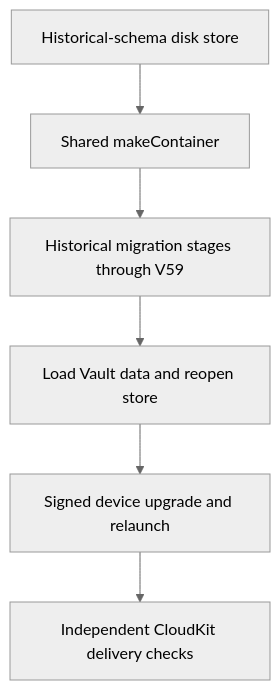
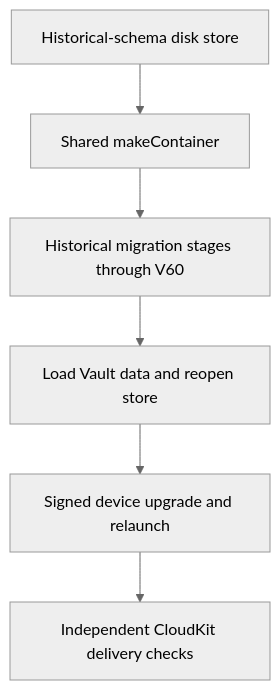
Before and after one commit to AkinoKaede/Termind: the first of 3 diagrams in openwiki/operations/cloudkit-release-readiness.md, drawn with Mermaid (neutral theme). The commit also changed other lines of this file and 51 other files, not shown here.

````diff
--- a/openwiki/operations/cloudkit-release-readiness.md
+++ b/openwiki/operations/cloudkit-release-readiness.md
@@ -245,8 +255,8 @@
 ```mermaid
 flowchart TD
     Fixture["Historical-schema disk store"] --> Factory["Shared makeContainer"]
-    Factory --> Local["Historical migration stages through V59"]
+    Factory --> Local["Historical migration stages through V60"]
     Local --> Verify["Load Vault data and reopen store"]
     Verify --> Device["Signed device upgrade and relaunch"]
     Device --> Cloud["Independent CloudKit delivery checks"]
 ```
````
